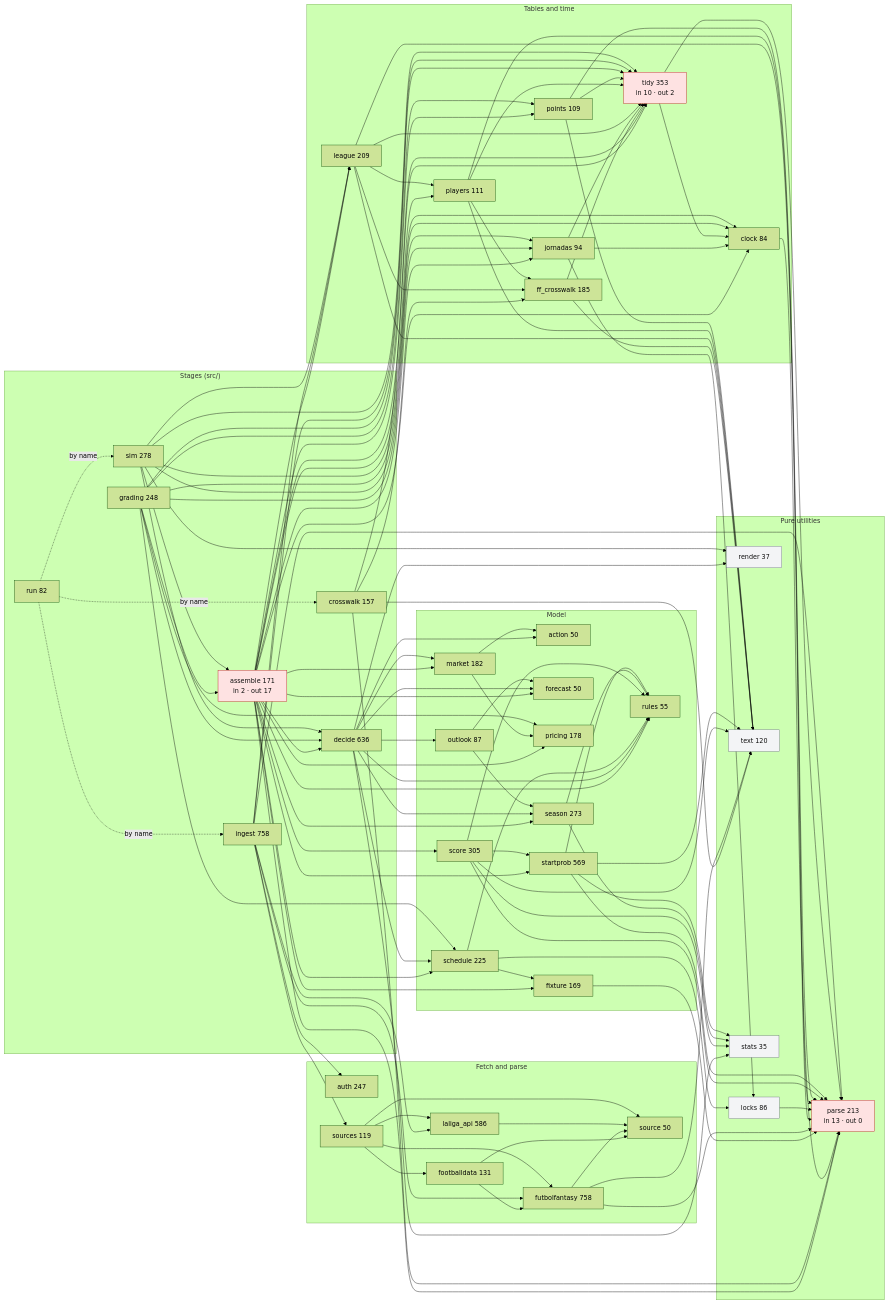
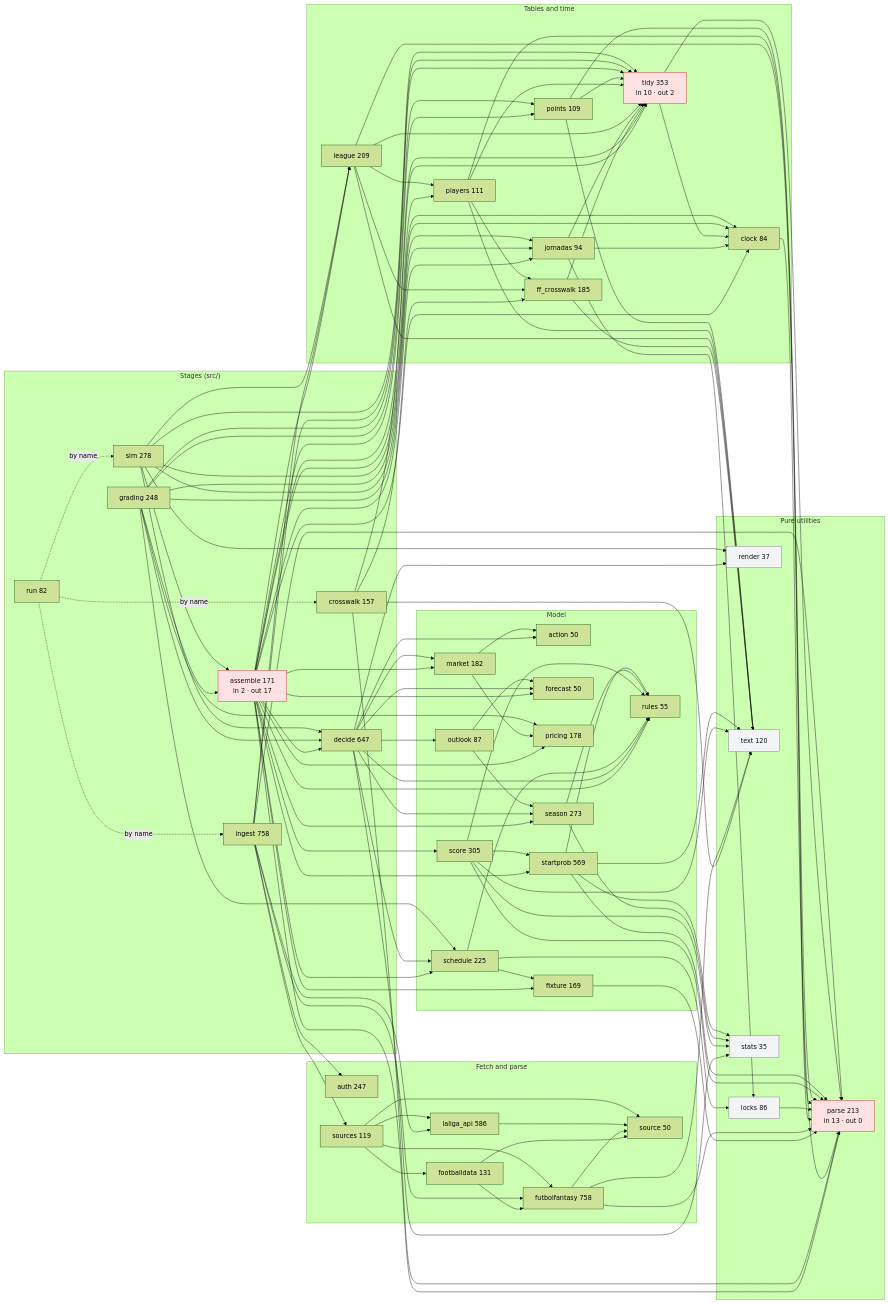
The diagram in docs/modules.mmd (OrsM/liga_five_guys), drawn with Mermaid (forest theme) before and after one commit. The commit also changed 2 other files, not shown here.

```diff
--- a/docs/modules.mmd
+++ b/docs/modules.mmd
@@ -1,154 +1,154 @@
 flowchart LR
     classDef hub fill:#fee2e2,stroke:#b91c1c,color:#111
     classDef leaf fill:#f3f4f6,stroke:#6b7280,color:#111
     subgraph stages["Stages (src/)"]
         assemble["assemble 171<br/>in 2 · out 17"]:::hub
         crosswalk["crosswalk 157"]
-        decide["decide 636"]
+        decide["decide 647"]
         grading["grading 248"]
         ingest["ingest 758"]
         run["run 82"]
         sim["sim 278"]
     end
     subgraph fetch["Fetch and parse"]
         auth["auth 247"]
         footballdata["footballdata 131"]
         futbolfantasy["futbolfantasy 758"]
         laliga_api["laliga_api 586"]
         source["source 50"]
         sources["sources 119"]
     end
     subgraph data["Tables and time"]
         clock["clock 84"]
         ff_crosswalk["ff_crosswalk 185"]
         jornadas["jornadas 94"]
         league["league 209"]
         players["players 111"]
         points["points 109"]
         tidy["tidy 353<br/>in 10 · out 2"]:::hub
     end
     subgraph model["Model"]
         action["action 50"]
         fixture["fixture 169"]
         forecast["forecast 50"]
         market["market 182"]
         outlook["outlook 87"]
         pricing["pricing 178"]
         rules["rules 55"]
         schedule["schedule 225"]
         score["score 305"]
         season["season 273"]
         startprob["startprob 569"]
     end
     subgraph util["Pure utilities"]
         locks["locks 86"]:::leaf
         parse["parse 213<br/>in 13 · out 0"]:::hub
         render["render 37"]:::leaf
         text["text 120"]:::leaf
         stats["stats 35"]:::leaf
     end
     run -. "by name" .-> ingest
     run -. "by name" .-> crosswalk
     run -. "by name" .-> sim
     assemble --> decide
     assemble --> clock
     assemble --> fixture
     assemble --> forecast
     assemble --> jornadas
     assemble --> league
     assemble --> market
     assemble --> parse
     assemble --> players
     assemble --> points
     assemble --> pricing
     assemble --> rules
     assemble --> schedule
     assemble --> score
     assemble --> season
     assemble --> startprob
     assemble --> tidy
     crosswalk --> ff_crosswalk
     crosswalk --> parse
     crosswalk --> text
     crosswalk --> tidy
     decide --> action
     decide --> forecast
     decide --> market
     decide --> outlook
     decide --> render
     decide --> rules
     decide --> schedule
     decide --> season
     decide --> stats
     clock --> parse
     ff_crosswalk --> text
     ff_crosswalk --> tidy
     fixture --> parse
     footballdata --> futbolfantasy
     footballdata --> source
     futbolfantasy --> parse
     futbolfantasy --> source
     futbolfantasy --> text
     jornadas --> clock
     jornadas --> locks
     jornadas --> tidy
     laliga_api --> source
     league --> ff_crosswalk
     league --> parse
     league --> players
     league --> text
     league --> tidy
     locks --> parse
     market --> action
     market --> pricing
     outlook --> forecast
     outlook --> season
     players --> ff_crosswalk
     players --> parse
     players --> text
     players --> tidy
     points --> parse
     points --> text
     points --> tidy
     schedule --> fixture
     schedule --> locks
     schedule --> rules
     score --> parse
     score --> rules
     score --> startprob
     score --> text
     score --> stats
     season --> rules
     season --> stats
     startprob --> parse
     startprob --> rules
     startprob --> text
     startprob --> stats
     tidy --> clock
     tidy --> parse
     grading --> assemble
     grading --> decide
     grading --> clock
     grading --> jornadas
     grading --> points
     grading --> pricing
     grading --> schedule
     grading --> tidy
     ingest --> auth
     ingest --> futbolfantasy
     ingest --> laliga_api
     ingest --> league
     ingest --> parse
     ingest --> tidy
     ingest --> sources
     sim --> assemble
     sim --> decide
     sim --> clock
     sim --> jornadas
     sim --> league
     sim --> render
     sim --> tidy
     sources --> footballdata
     sources --> futbolfantasy
     sources --> laliga_api
     sources --> source
```
